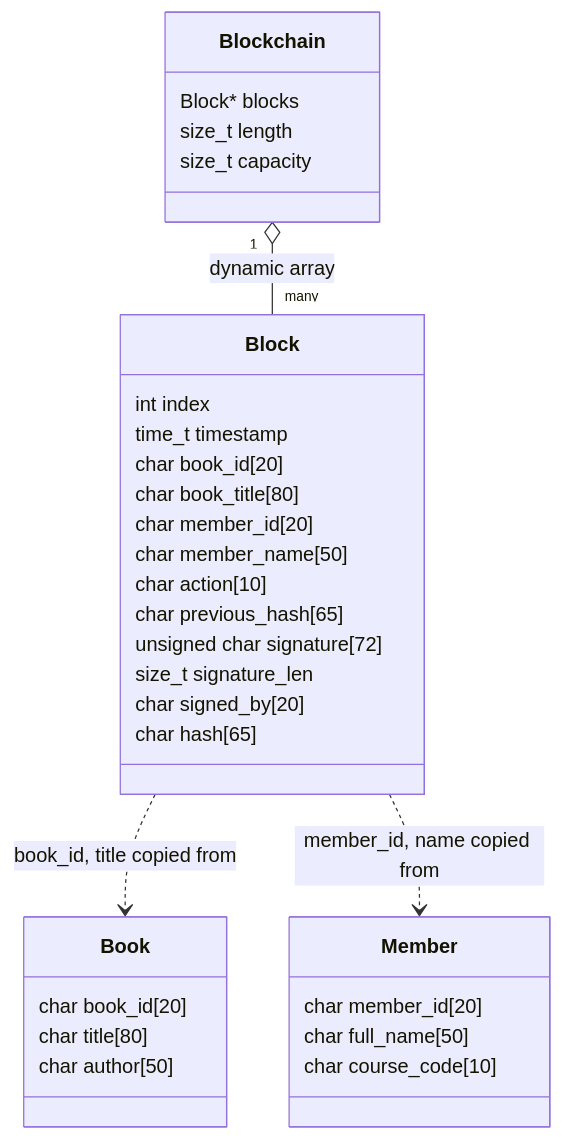
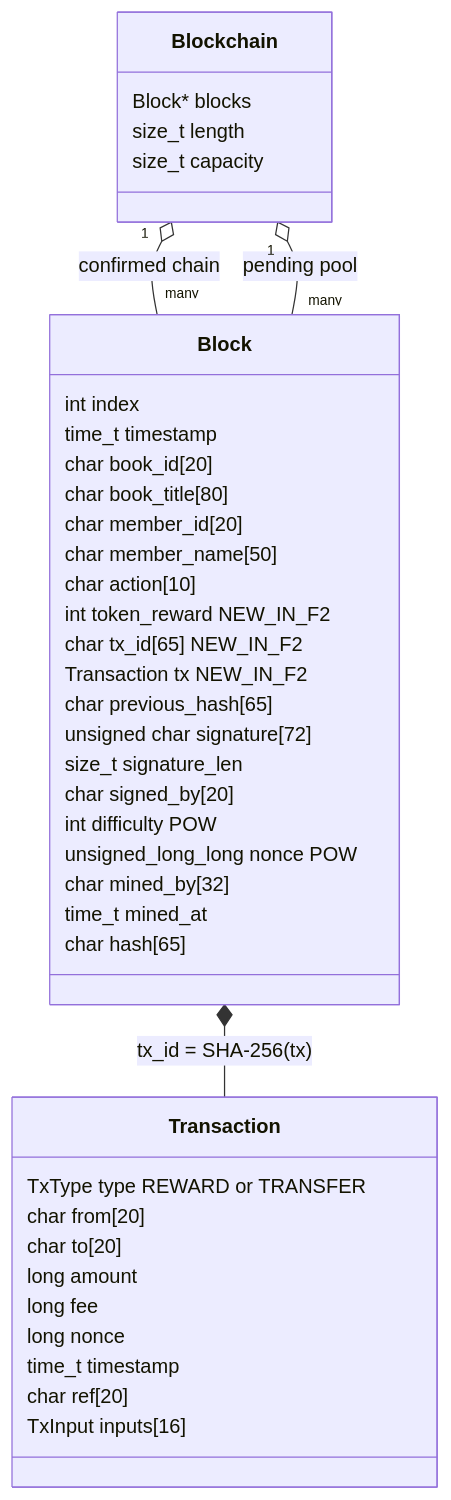
One commit to Noorul-Ayn/blockchain-library-lending-tracker-summative changed the first of 6 diagrams in docs/architecture.md. Above: the diagram before and after it, drawn with Mermaid. The commit also changed other lines of this file and 9 other files, not shown here.

Commit message:
Update tests, design diagrams and README for Formative 2

````diff
--- a/docs/architecture.md
+++ b/docs/architecture.md
@@ -9,35 +10,43 @@
 ```mermaid
 classDiagram
     class Block {
         int index
         time_t timestamp
         char book_id[20]
         char book_title[80]
         char member_id[20]
         char member_name[50]
         char action[10]
+        int token_reward  NEW_IN_F2
+        char tx_id[65]  NEW_IN_F2
+        Transaction tx  NEW_IN_F2
         char previous_hash[65]
         unsigned char signature[72]
         size_t signature_len
         char signed_by[20]
+        int difficulty  POW
+        unsigned_long_long nonce  POW
+        char mined_by[32]
+        time_t mined_at
         char hash[65]
+    }
+    class Transaction {
+        TxType type  REWARD or TRANSFER
+        char from[20]
+        char to[20]
+        long amount
+        long fee
+        long nonce
+        time_t timestamp
+        char ref[20]
+        TxInput inputs[16]
     }
     class Blockchain {
         Block* blocks
         size_t length
         size_t capacity
     }
-    class Book {
-        char book_id[20]
-        char title[80]
-        char author[50]
-    }
-    class Member {
-        char member_id[20]
-        char full_name[50]
-        char course_code[10]
-    }
-    Blockchain "1" o-- "many" Block : dynamic array
-    Block ..> Book : book_id, title copied from
-    Block ..> Member : member_id, name copied from
+    Blockchain "1" o-- "many" Block : confirmed chain
+    Blockchain "1" o-- "many" Block : pending pool
+    Block *-- Transaction : tx_id = SHA-256(tx)
 ```
````
